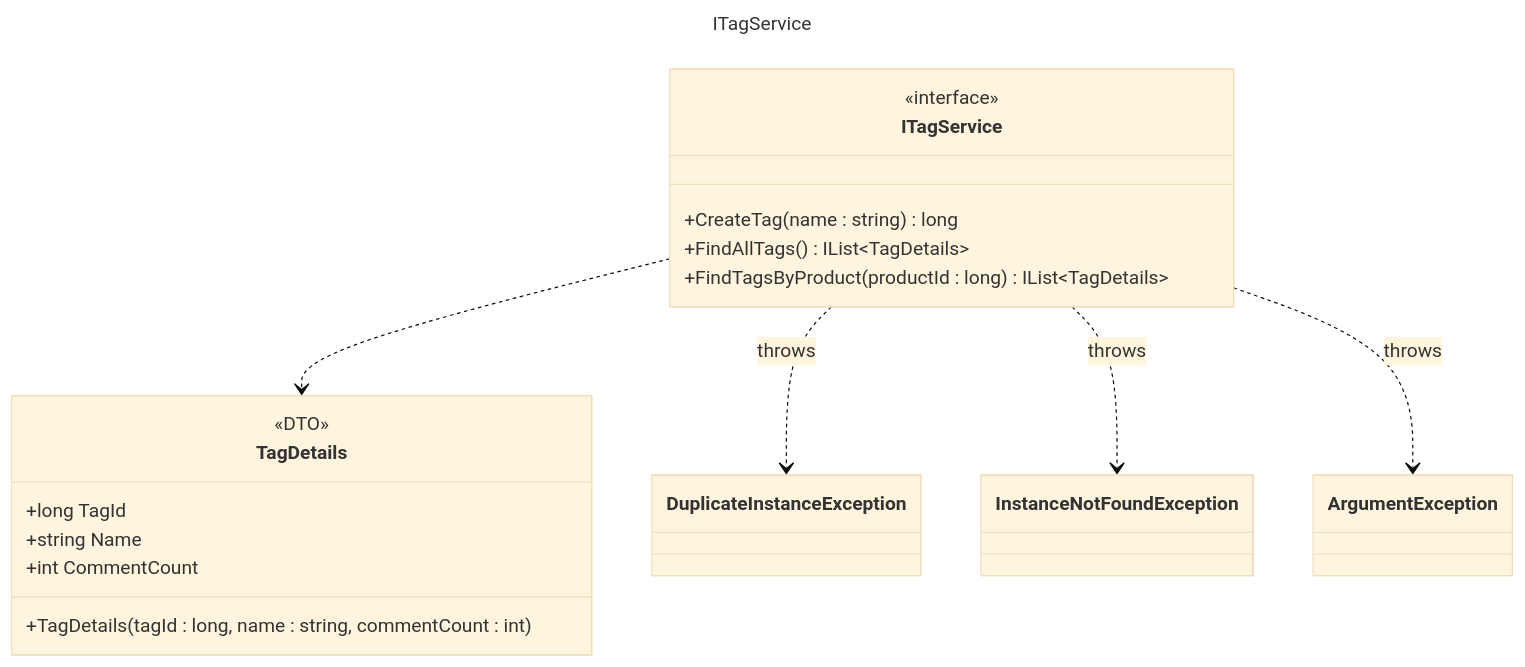
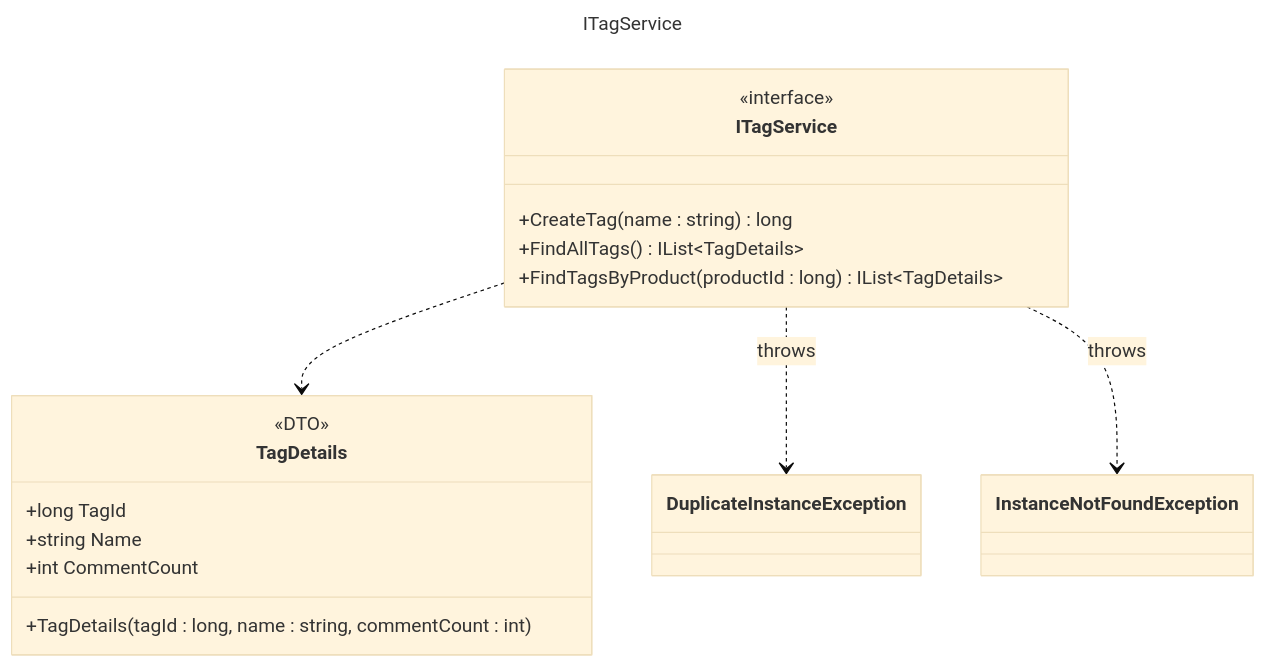
Before and after one commit to Martinhdeez/memoria-trustify-preview: the seventh of 11 diagrams in README.md, drawn with Mermaid (base theme). The commit also changed other lines of this file, not shown here.

Commit message:
Simplificar arquitectura global y diagramas de servicios

````diff
--- a/README.md
+++ b/README.md
@@ -403,24 +358,23 @@
 ```mermaid
 ---
 title: ITagService
 ---
 classDiagram
     class ITagService {
         <<interface>>
         +CreateTag(name : string) long
         +FindAllTags() IList~TagDetails~
         +FindTagsByProduct(productId : long) IList~TagDetails~
     }
     class TagDetails {
         <<DTO>>
         +long TagId
         +string Name
         +int CommentCount
         +TagDetails(tagId : long, name : string, commentCount : int)
     }
 
     ITagService ..> TagDetails
     ITagService ..> DuplicateInstanceException : throws
     ITagService ..> InstanceNotFoundException : throws
-    ITagService ..> ArgumentException : throws
 ```
````
